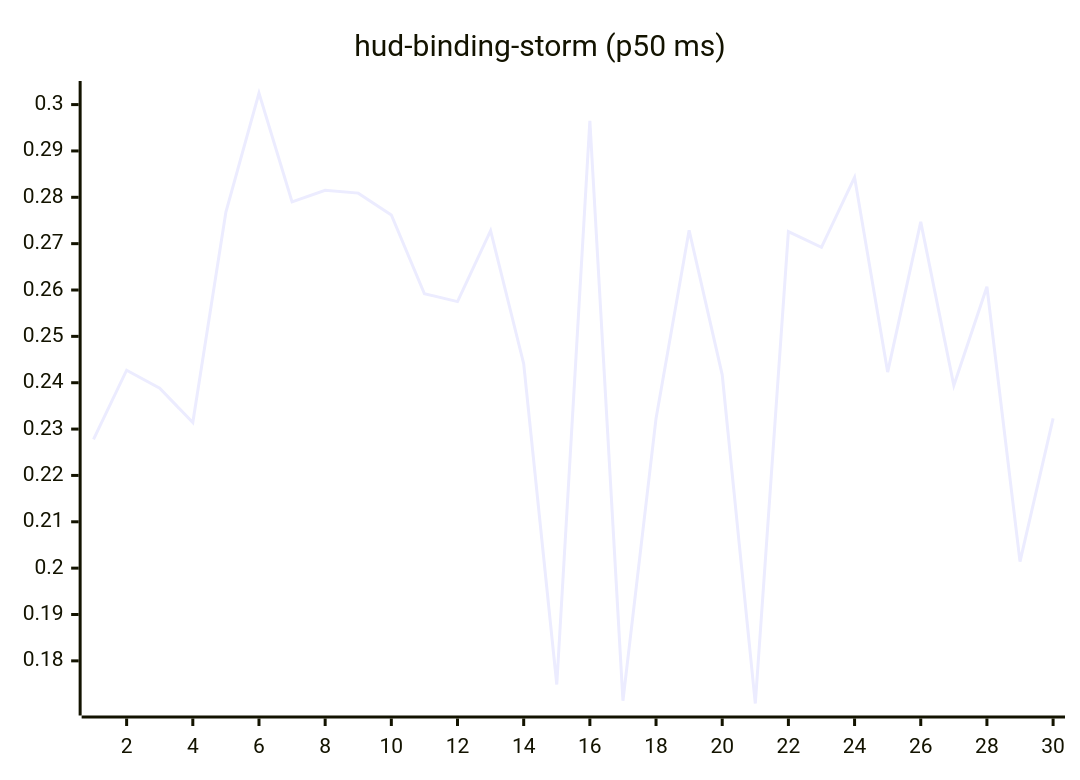
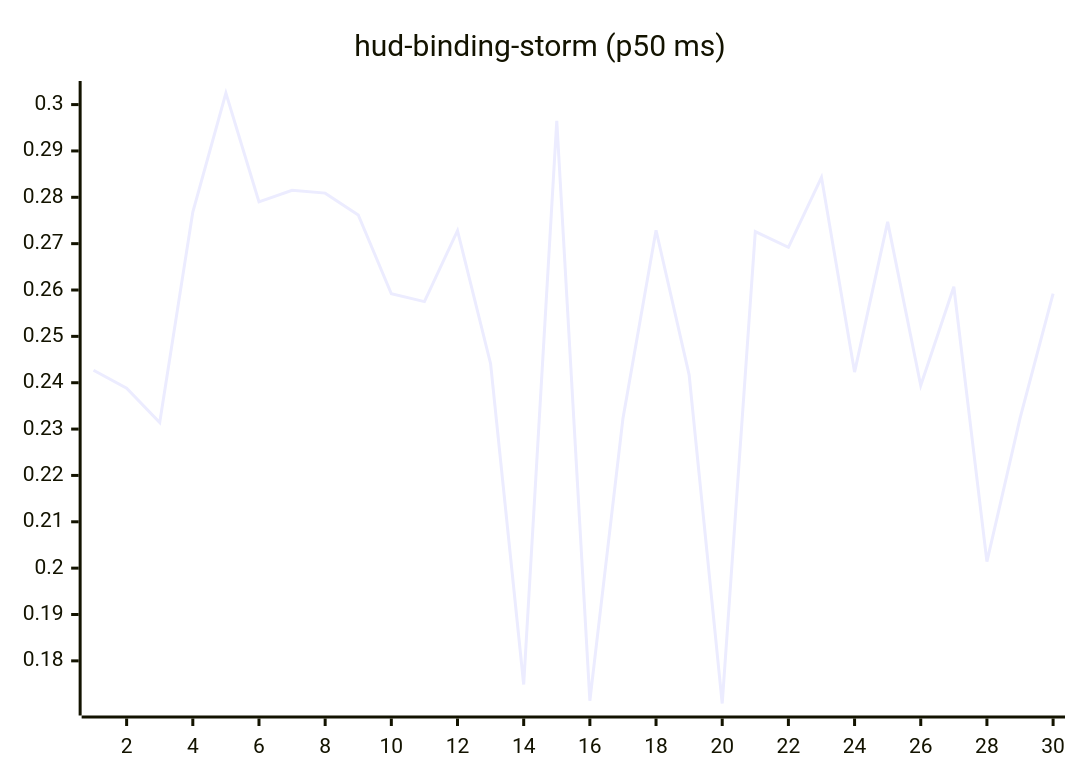
Before and after one commit to josha/Facet: the tenth of 27 diagrams in README.md, drawn with Mermaid. The commit also changed other lines of this file and 2 other files, not shown here.

````diff
--- a/README.md
+++ b/README.md
@@ -126,6 +126,6 @@
 ```mermaid
 xychart-beta
     title "hud-binding-storm (p50 ms)"
     x-axis 1 --> 30
-    line [0.2278, 0.2427, 0.2388, 0.2314, 0.2768, 0.3025, 0.2790, 0.2815, 0.2809, 0.2762, 0.2592, 0.2575, 0.2728, 0.2441, 0.1749, 0.2965, 0.1714, 0.2323, 0.2729, 0.2417, 0.1708, 0.2726, 0.2692, 0.2843, 0.2423, 0.2747, 0.2394, 0.2607, 0.2014, 0.2323]
+    line [0.2427, 0.2388, 0.2314, 0.2768, 0.3025, 0.2790, 0.2815, 0.2809, 0.2762, 0.2592, 0.2575, 0.2728, 0.2441, 0.1749, 0.2965, 0.1714, 0.2323, 0.2729, 0.2417, 0.1708, 0.2726, 0.2692, 0.2843, 0.2423, 0.2747, 0.2394, 0.2607, 0.2014, 0.2323, 0.2592]
 ```
````
